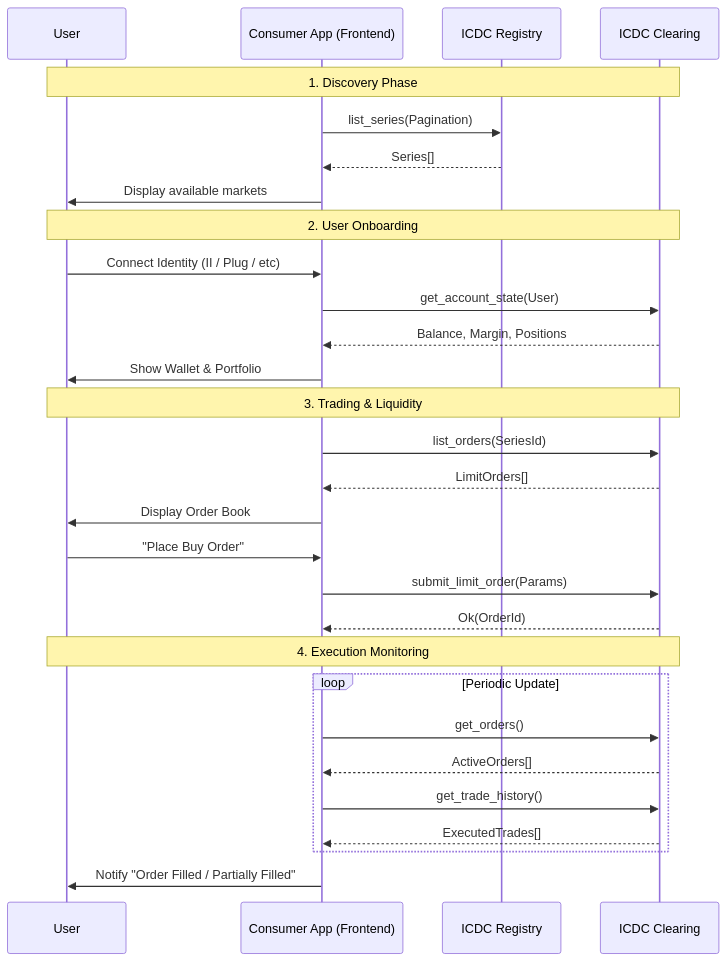
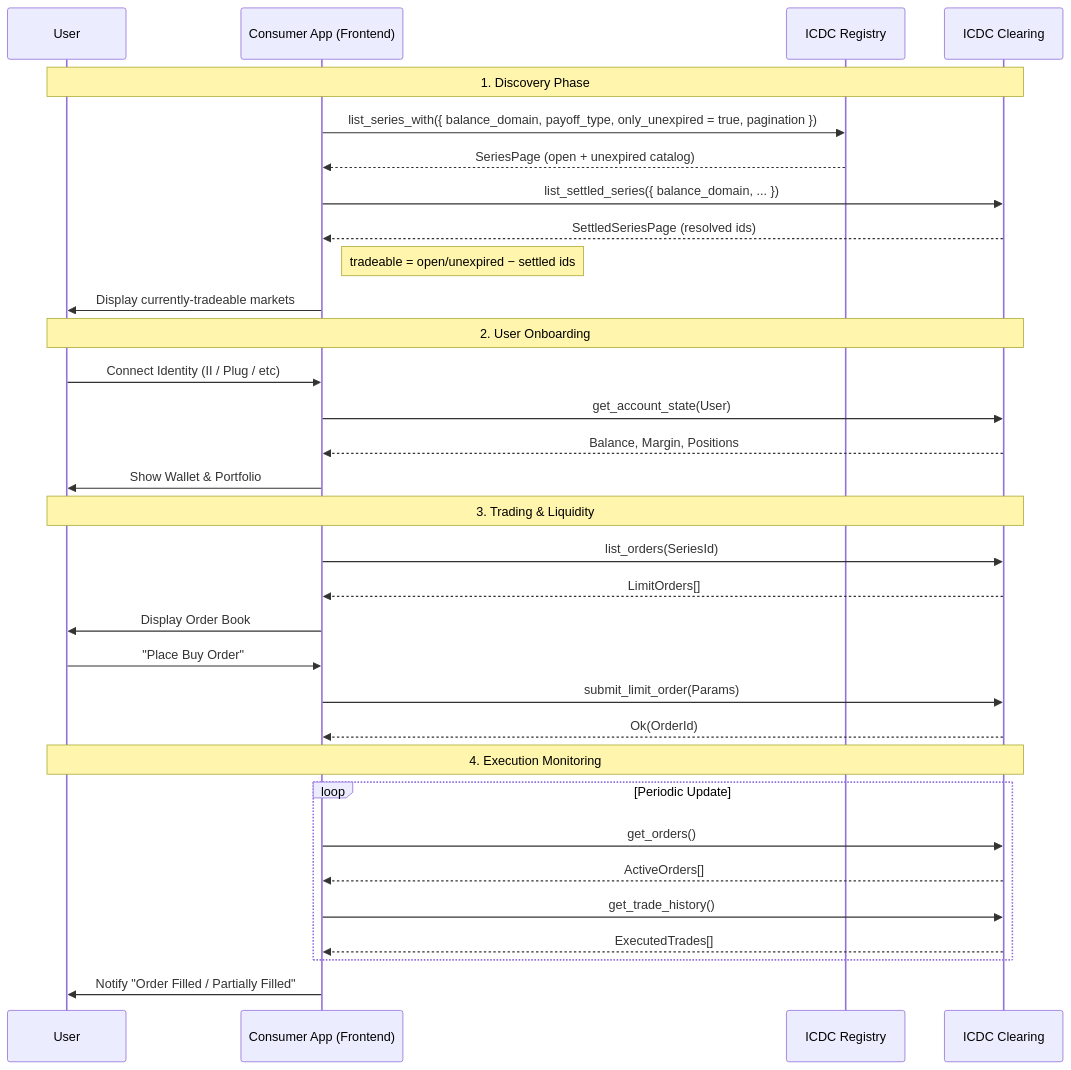
One commit to AntonioVentilii/icdc-core changed the tenth of 10 diagrams in docs/architecture/flows.md. Above: the diagram before and after it, drawn with Mermaid. The commit also changed 9 other files, not shown here.

First line of the commit message:
feat(registry,clearing): server-side open-markets discovery (#58)

````diff
--- a/docs/architecture/flows.md
+++ b/docs/architecture/flows.md
@@ -221,36 +221,39 @@
 ```mermaid
 sequenceDiagram
     participant User
     participant App as Consumer App (Frontend)
     participant Registry as ICDC Registry
     participant Clearing as ICDC Clearing
 
     Note over User, Clearing: 1. Discovery Phase
-    App->>Registry: list_series(Pagination)
-    Registry-->>App: Series[]
-    App->>User: Display available markets
+    App->>Registry: list_series_with({ balance_domain, payoff_type, only_unexpired = true, pagination })
+    Registry-->>App: SeriesPage (open + unexpired catalog)
+    App->>Clearing: list_settled_series({ balance_domain, ... })
+    Clearing-->>App: SettledSeriesPage (resolved ids)
+    Note right of App: tradeable = open/unexpired − settled ids
+    App->>User: Display currently-tradeable markets
 
     Note over User, Clearing: 2. User Onboarding
     User->>App: Connect Identity (II / Plug / etc)
     App->>Clearing: get_account_state(User)
     Clearing-->>App: Balance, Margin, Positions
     App->>User: Show Wallet & Portfolio
 
     Note over User, Clearing: 3. Trading & Liquidity
     App->>Clearing: list_orders(SeriesId)
     Clearing-->>App: LimitOrders[]
     App->>User: Display Order Book
 
     User->>App: "Place Buy Order"
     App->>Clearing: submit_limit_order(Params)
     Clearing-->>App: Ok(OrderId)
 
     Note over User, Clearing: 4. Execution Monitoring
     loop Periodic Update
         App->>Clearing: get_orders()
         Clearing-->>App: ActiveOrders[]
         App->>Clearing: get_trade_history()
         Clearing-->>App: ExecutedTrades[]
     end
     App->>User: Notify "Order Filled / Partially Filled"
 ```
````
